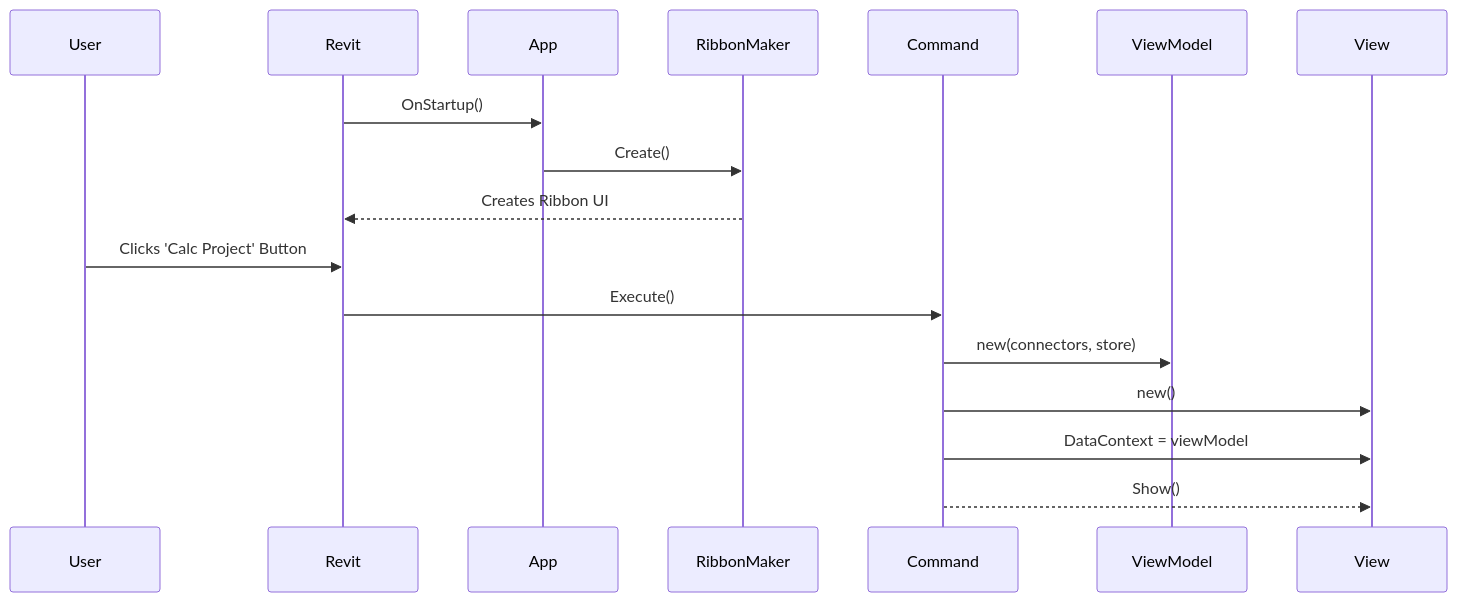
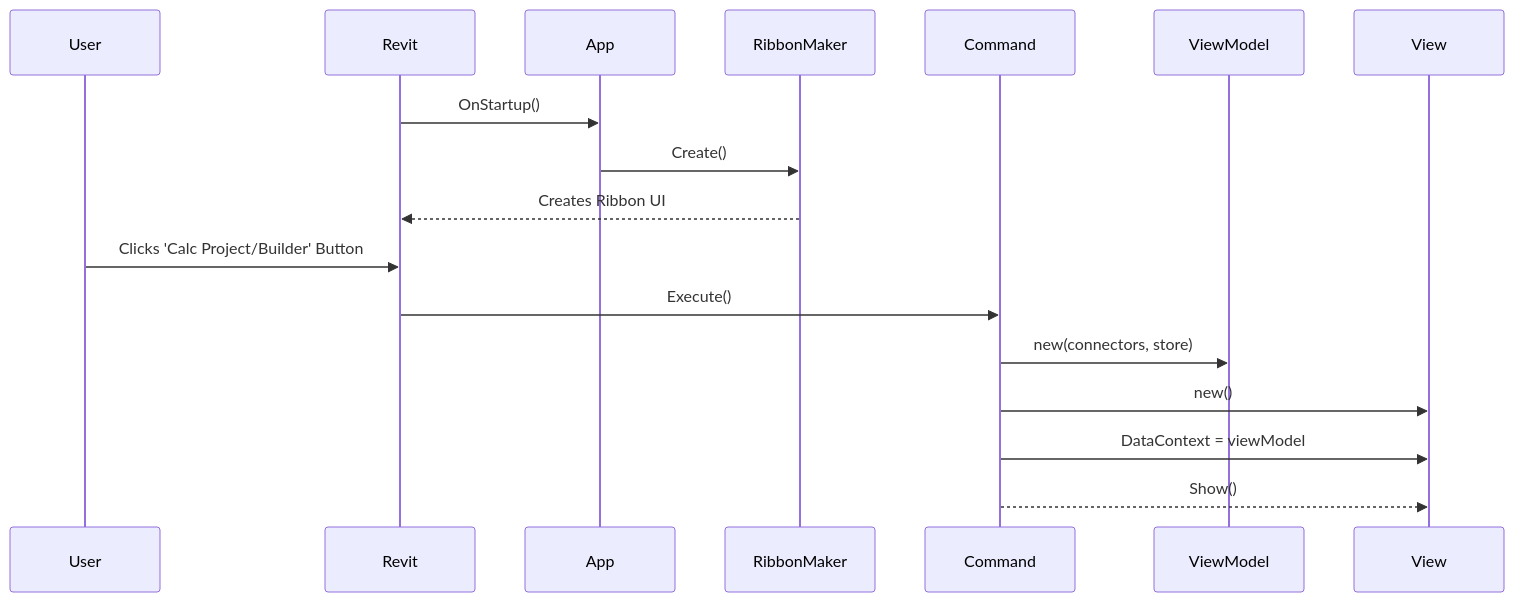
Before and after one commit to herzogdemeuron/calc: the diagram in dev/RevitApp/README.md, drawn with Mermaid.

````diff
--- a/dev/RevitApp/README.md
+++ b/dev/RevitApp/README.md
@@ -11,22 +11,22 @@
 ```mermaid
 sequenceDiagram
     participant User
     participant Revit
     participant App
     participant RibbonMaker
     participant Command
     participant ViewModel
     participant View
 
     Revit->>App: OnStartup()
     App->>RibbonMaker: Create()
     RibbonMaker-->>Revit: Creates Ribbon UI
 
-    User->>Revit: Clicks 'Calc Project' Button
+    User->>Revit: Clicks 'Calc Project/Builder' Button
     Revit->>Command: Execute()
 
     Command->>ViewModel: new(connectors, store)
     Command->>View: new()
     Command->>View: DataContext = viewModel
     Command-->>View: Show()
 ```
````
